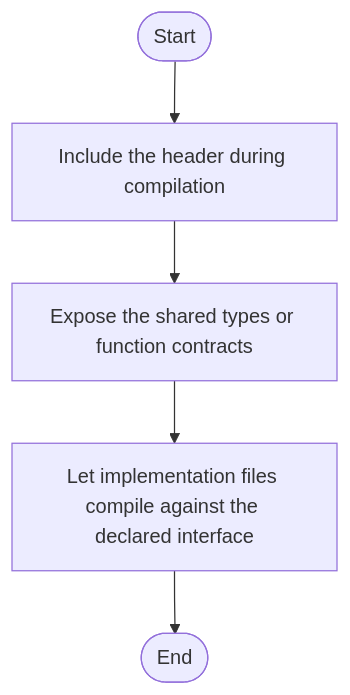
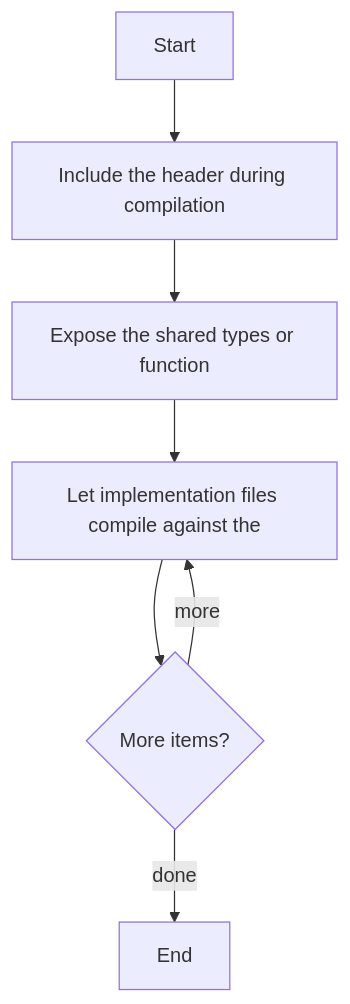
One commit to JohnAndrewBalbarosa/NeoTerritory changed the diagram in docs/Codebase/Microservice/Modules/Header/SyntacticBrokenAST/Internal/parse_tree_hash_links_internal.hpp.md. Above: the diagram before and after it, drawn with Mermaid. The commit also changed other lines of this file and 752 other files, not shown here.

````diff
--- a/docs/Codebase/Microservice/Modules/Header/SyntacticBrokenAST/Internal/parse_tree_hash_links_internal.hpp.md
+++ b/docs/Codebase/Microservice/Modules/Header/SyntacticBrokenAST/Internal/parse_tree_hash_links_internal.hpp.md
@@ -29,12 +22,15 @@
 ```mermaid
 flowchart TD
-    Start([Start])
-    N0[Include the header during compilation]
-    N1[Expose the shared types or function contracts]
-    N2[Let implementation files compile against the declared interface]
-    End([End])
+    Start["Start"]
+    N0["Include the header during compilation"]
+    N1["Expose the shared types or function"]
+    N2["Let implementation files compile against the"]
+    L2{"More items?"}
+    End["End"]
     Start --> N0
     N0 --> N1
     N1 --> N2
-    N2 --> End
+    N2 --> L2
+    L2 -->|more| N2
+    L2 -->|done| End
 ```
````
